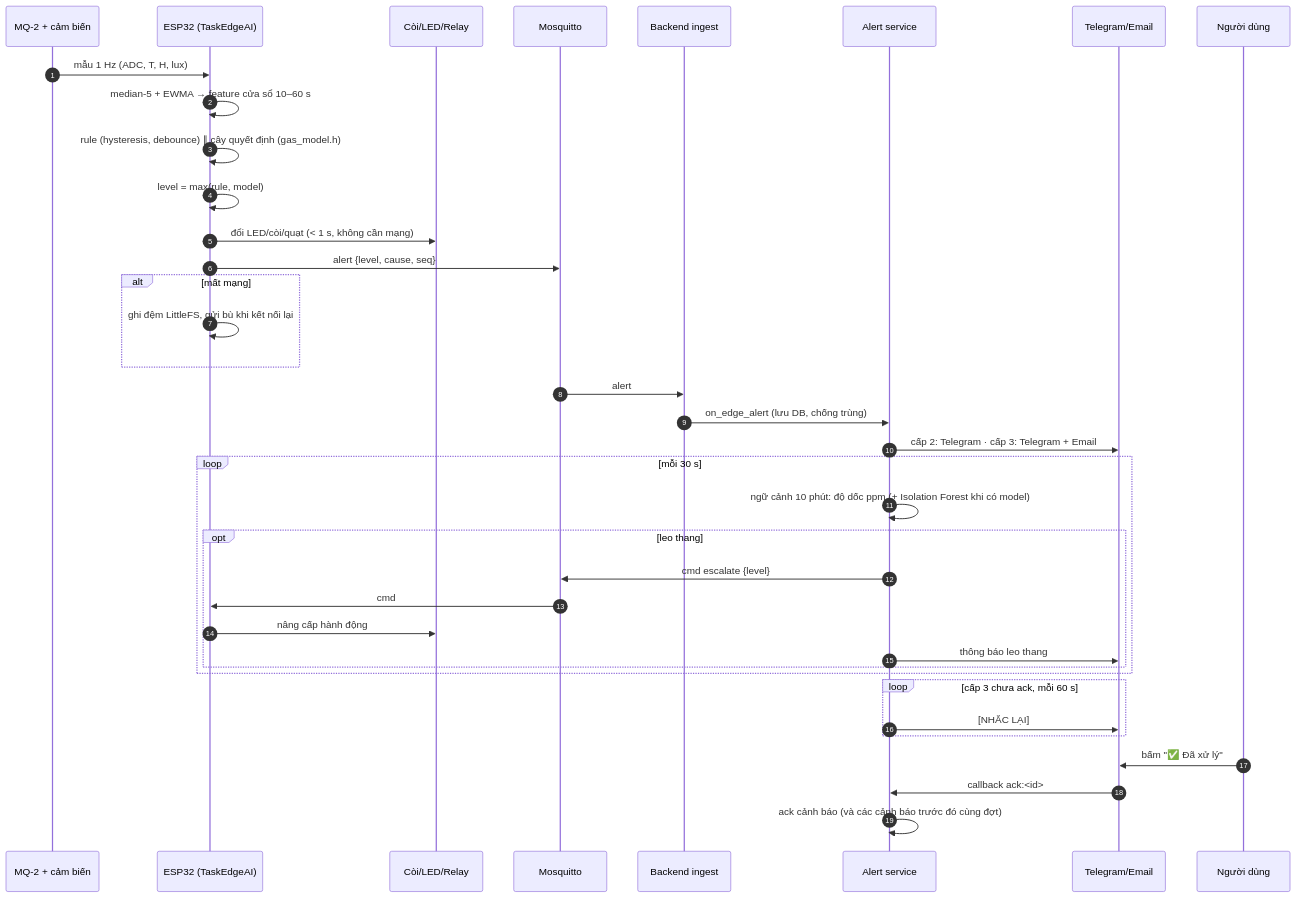
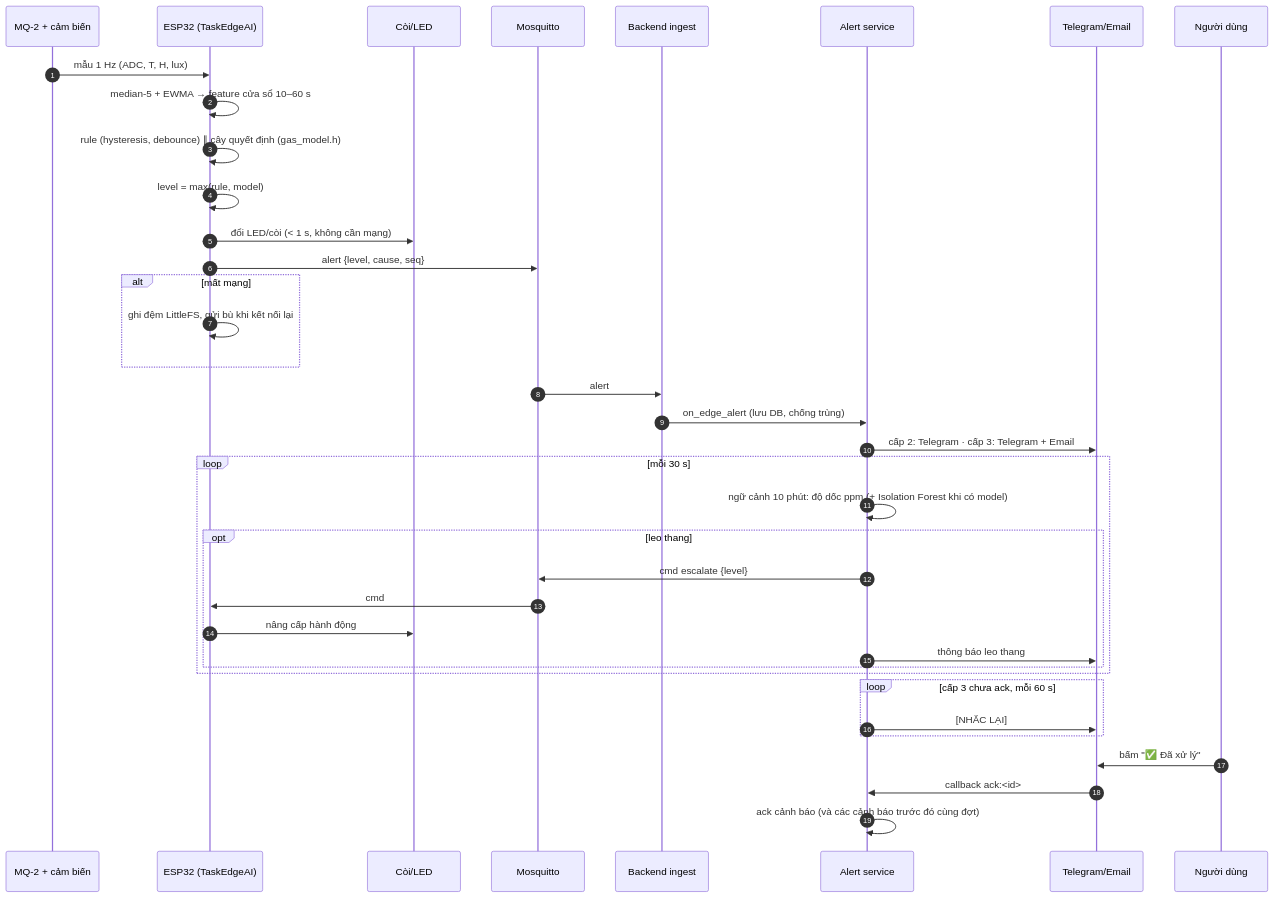
Before and after one commit to danhle396/pythonnhung: the first of 3 diagrams in docs/architecture/sequences.md, drawn with Mermaid. The commit also changed 19 other files, not shown here.

````diff
--- a/docs/architecture/sequences.md
+++ b/docs/architecture/sequences.md
@@ -5,40 +5,40 @@
 ```mermaid
 sequenceDiagram
     autonumber
     participant S as MQ-2 + cảm biến
     participant E as ESP32 (TaskEdgeAI)
-    participant A as Còi/LED/Relay
+    participant A as Còi/LED
     participant B as Mosquitto
     participant I as Backend ingest
     participant AS as Alert service
     participant T as Telegram/Email
     participant U as Người dùng
 
     S->>E: mẫu 1 Hz (ADC, T, H, lux)
     E->>E: median-5 + EWMA → feature cửa sổ 10–60 s
     E->>E: rule (hysteresis, debounce) ∥ cây quyết định (gas_model.h)
     E->>E: level = max(rule, model)
-    E->>A: đổi LED/còi/quạt (< 1 s, không cần mạng)
+    E->>A: đổi LED/còi (< 1 s, không cần mạng)
     E->>B: alert {level, cause, seq}
     alt mất mạng
         E->>E: ghi đệm LittleFS, gửi bù khi kết nối lại
     end
     B->>I: alert
     I->>AS: on_edge_alert (lưu DB, chống trùng)
     AS->>T: cấp 2: Telegram · cấp 3: Telegram + Email
     loop mỗi 30 s
         AS->>AS: ngữ cảnh 10 phút: độ dốc ppm (+ Isolation Forest khi có model)
         opt leo thang
             AS->>B: cmd escalate {level}
             B->>E: cmd
             E->>A: nâng cấp hành động
             AS->>T: thông báo leo thang
         end
     end
     loop cấp 3 chưa ack, mỗi 60 s
         AS->>T: [NHẮC LẠI]
     end
     U->>T: bấm "✅ Đã xử lý"
     T->>AS: callback ack:<id>
     AS->>AS: ack cảnh báo (và các cảnh báo trước đó cùng đợt)
 ```
````
